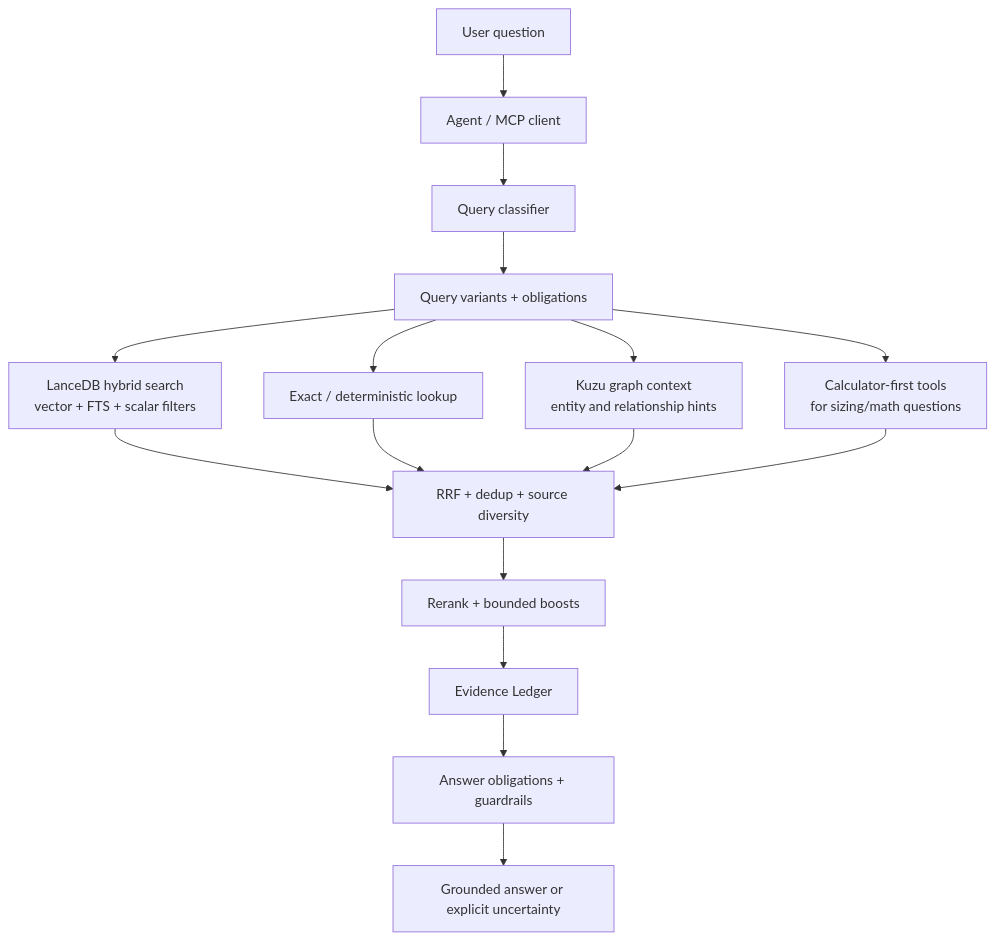
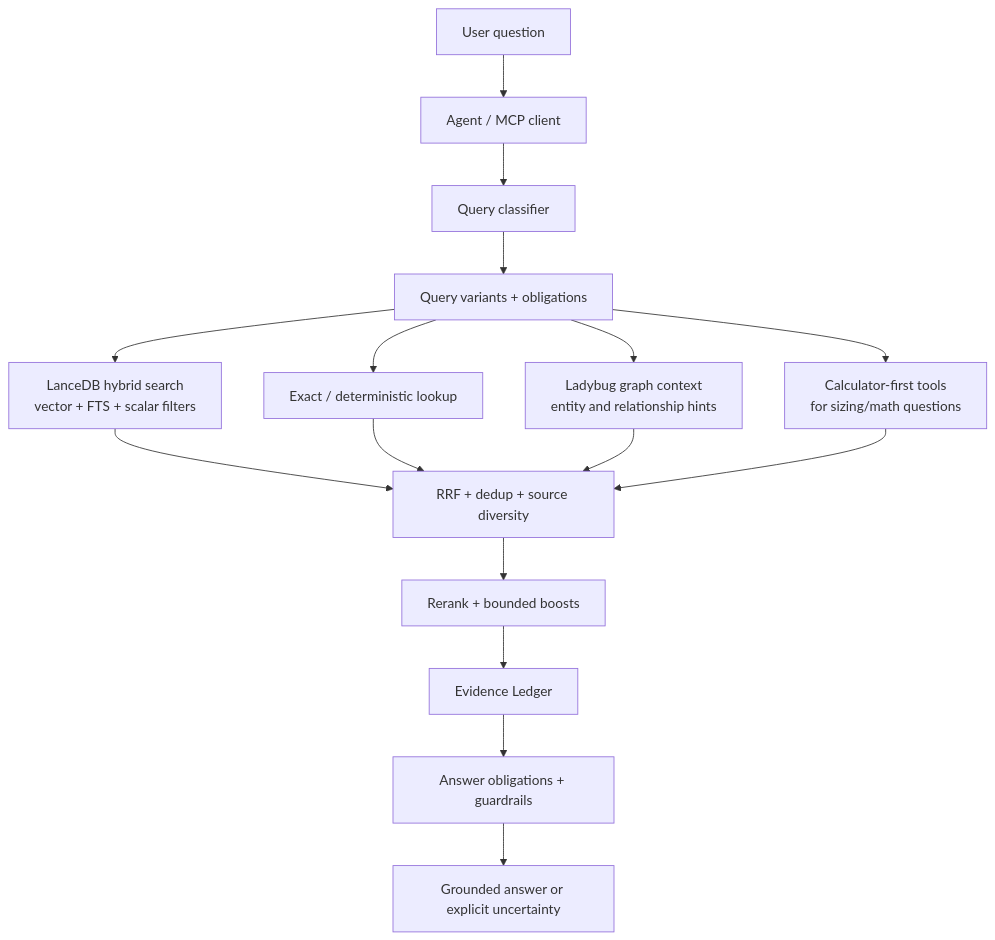
The diagram in README.md (ipccheng/NX-Shield-RAG), drawn with Mermaid before and after one commit. The commit also changed other lines of this file and 2 other files, not shown here.

Commit message:
docs: refresh current RAG query path diagram

````diff
--- a/README.md
+++ b/README.md
@@ -157,18 +157,18 @@
 ```mermaid
 flowchart TB
   U[User question] --> G[Agent / MCP client]
   G --> C[Query classifier]
   C --> Q[Query variants + obligations]
   Q --> L[LanceDB hybrid search<br/>vector + FTS + scalar filters]
   Q --> X[Exact / deterministic lookup]
-  Q --> K[Kuzu graph context<br/>entity and relationship hints]
+  Q --> K[Ladybug graph context<br/>entity and relationship hints]
   Q --> S[Calculator-first tools<br/>for sizing/math questions]
   L --> F[RRF + dedup + source diversity]
   X --> F
   K --> F
   S --> F
   F --> R[Rerank + bounded boosts]
   R --> E[Evidence Ledger]
   E --> A[Answer obligations + guardrails]
   A --> O[Grounded answer or explicit uncertainty]
 ```
````
